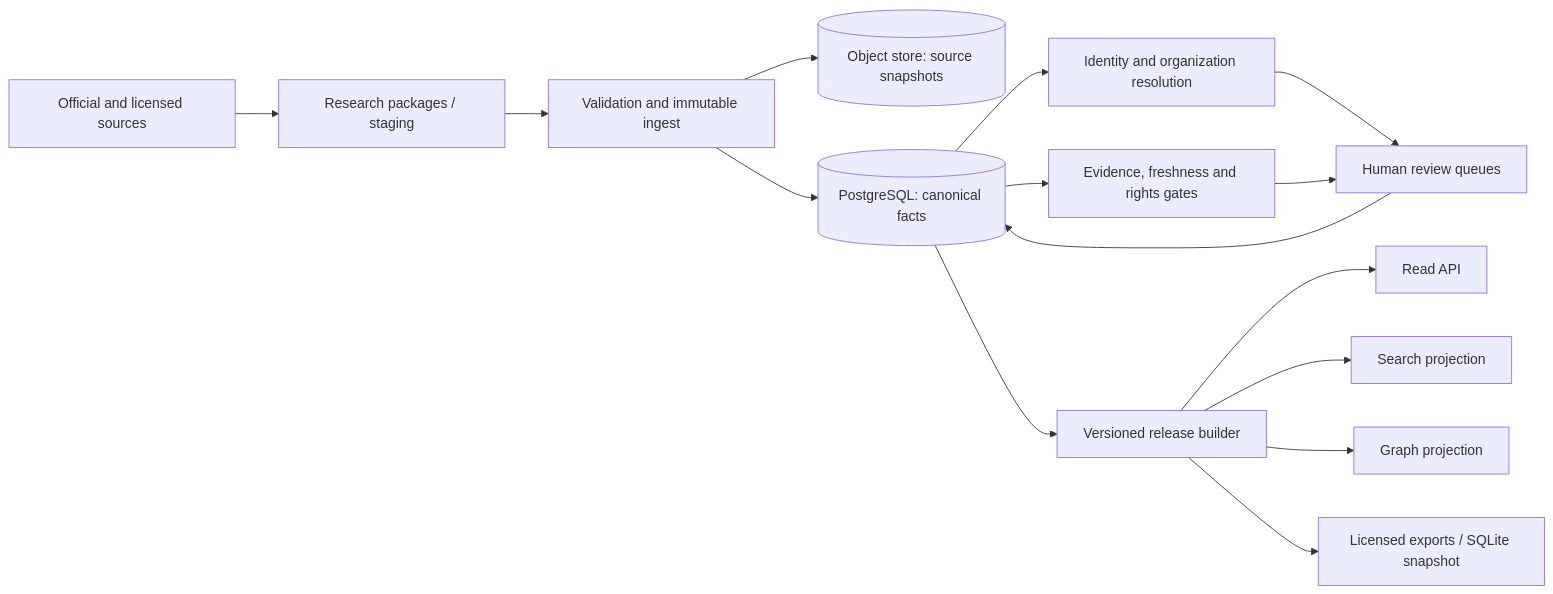
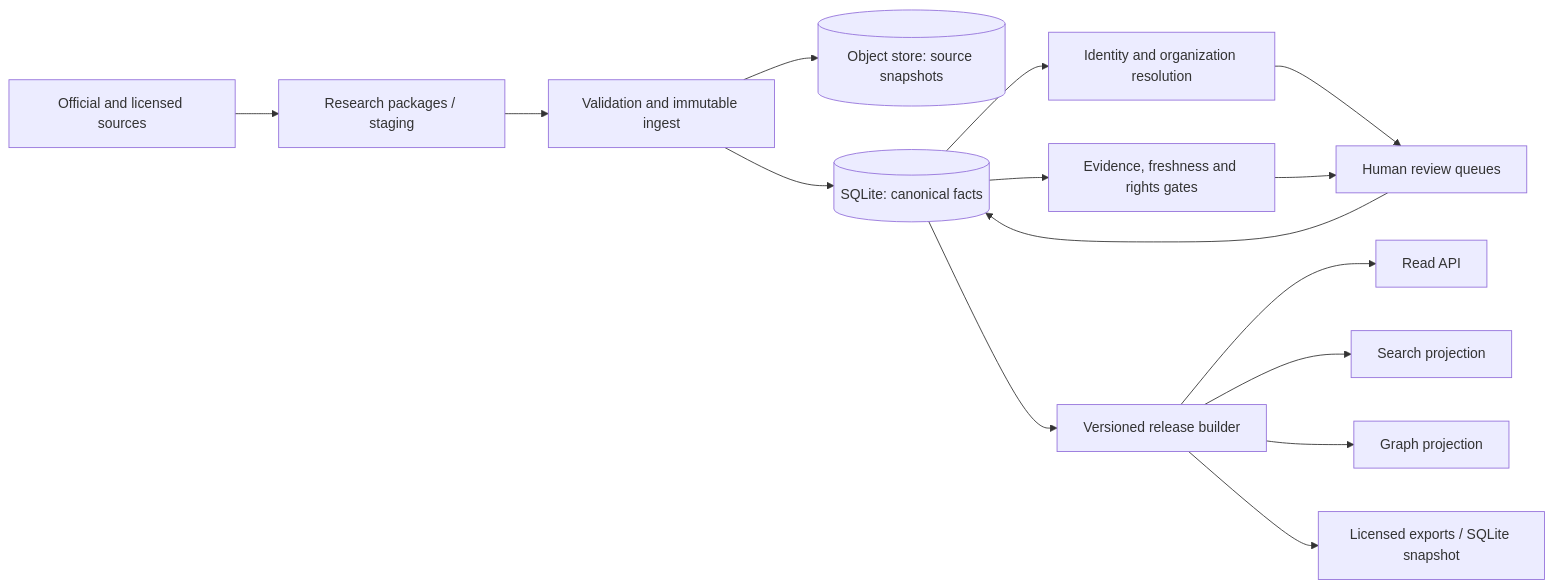
Before and after one commit to 1998x-stack/gov-relation: the diagram in docs/design/SYSTEM_DESIGN.md, drawn with Mermaid. The commit also changed other lines of this file and 16 other files, not shown here.

First line of the commit message:
refactor(storage): drop PostgreSQL path, unify on single-file SQLite

````diff
--- a/docs/design/SYSTEM_DESIGN.md
+++ b/docs/design/SYSTEM_DESIGN.md
@@ -21,17 +21,17 @@
 ```mermaid
 flowchart LR
     A[Official and licensed sources] --> B[Research packages / staging]
     B --> C[Validation and immutable ingest]
     C --> D[(Object store: source snapshots)]
-    C --> E[(PostgreSQL: canonical facts)]
+    C --> E[(SQLite: canonical facts)]
     E --> F[Identity and organization resolution]
     E --> G[Evidence, freshness and rights gates]
     F --> H[Human review queues]
     G --> H
     H --> E
     E --> I[Versioned release builder]
     I --> J[Read API]
     I --> K[Search projection]
     I --> L[Graph projection]
     I --> M[Licensed exports / SQLite snapshot]
 ```
````
